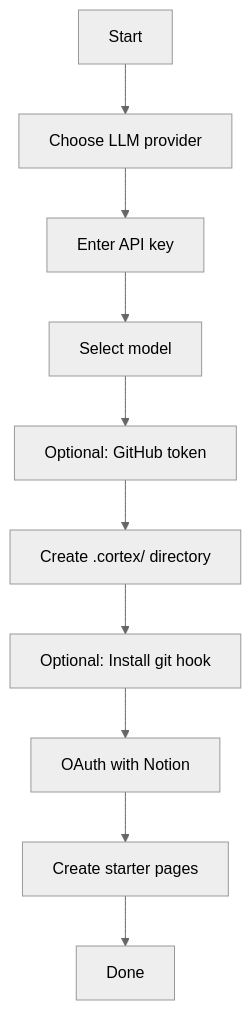
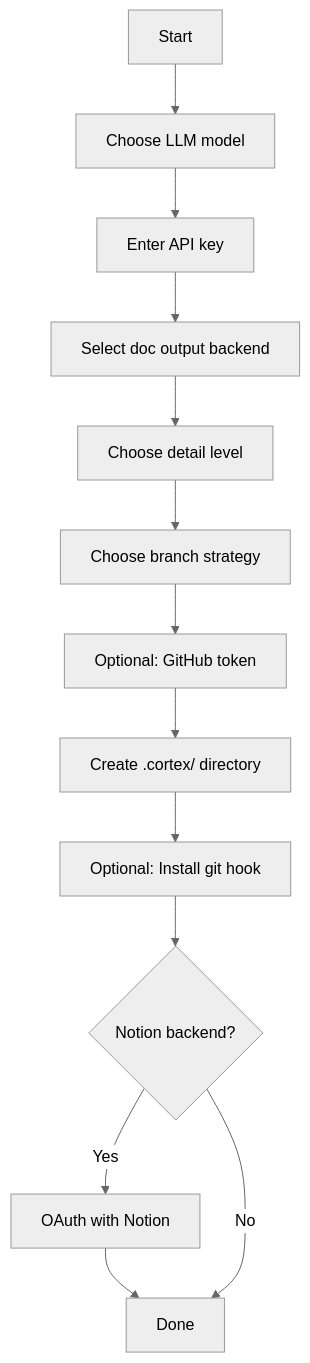
The first of 3 diagrams in docs/cli-reference.md (sarupurisailalith/codebase-cortex), drawn with Mermaid (neutral theme) before and after one commit. The commit also changed other lines of this file and 8 other files, not shown here.

````diff
--- a/docs/cli-reference.md
+++ b/docs/cli-reference.md
@@ -27,12 +75,15 @@
 ```mermaid
 graph TD
-    A[Start] --> B[Choose LLM provider]
+    A[Start] --> B[Choose LLM model]
     B --> C[Enter API key]
-    C --> D[Select model]
-    D --> E[Optional: GitHub token]
-    E --> F[Create .cortex/ directory]
-    F --> G[Optional: Install git hook]
-    G --> H[OAuth with Notion]
-    H --> I[Create starter pages]
-    I --> J[Done]
+    C --> D[Select doc output backend]
+    D --> E[Choose detail level]
+    E --> F[Choose branch strategy]
+    F --> G[Optional: GitHub token]
+    G --> H[Create .cortex/ directory]
+    H --> I[Optional: Install git hook]
+    I --> J{Notion backend?}
+    J -- Yes --> K[OAuth with Notion]
+    K --> L[Done]
+    J -- No --> L
 ```
````
